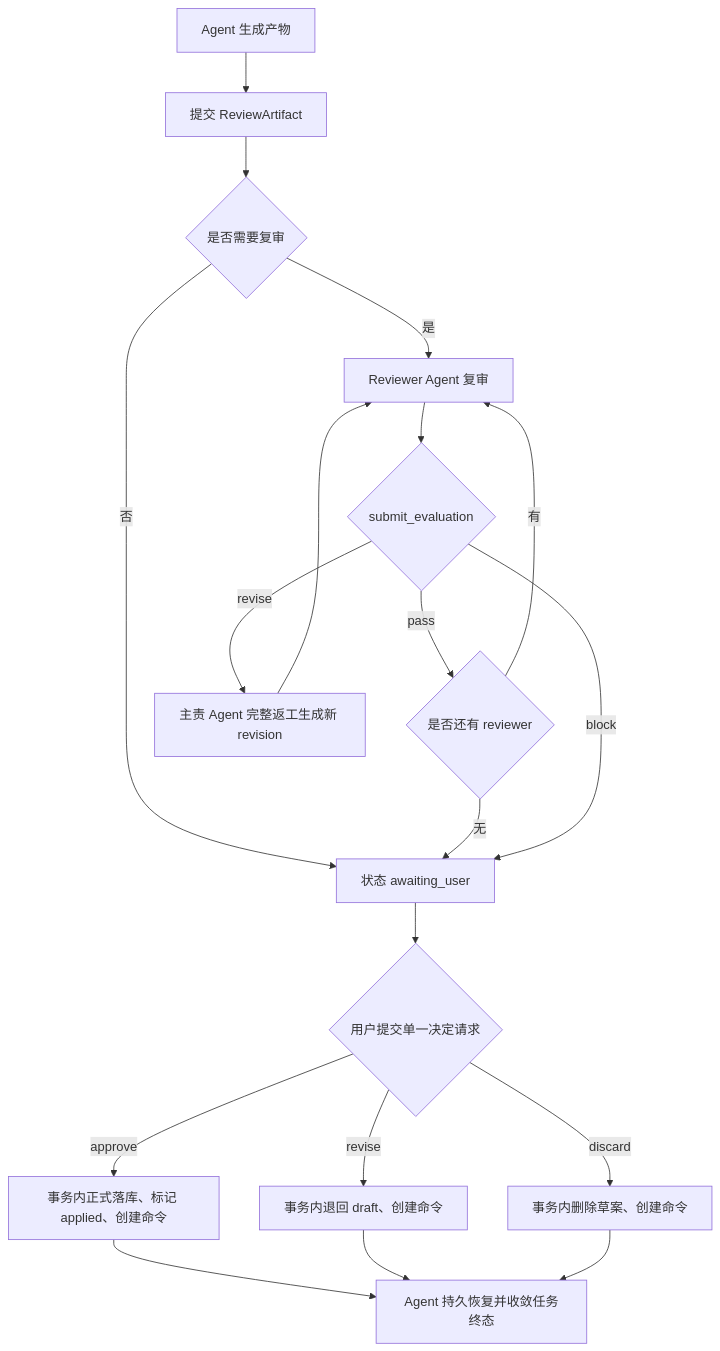
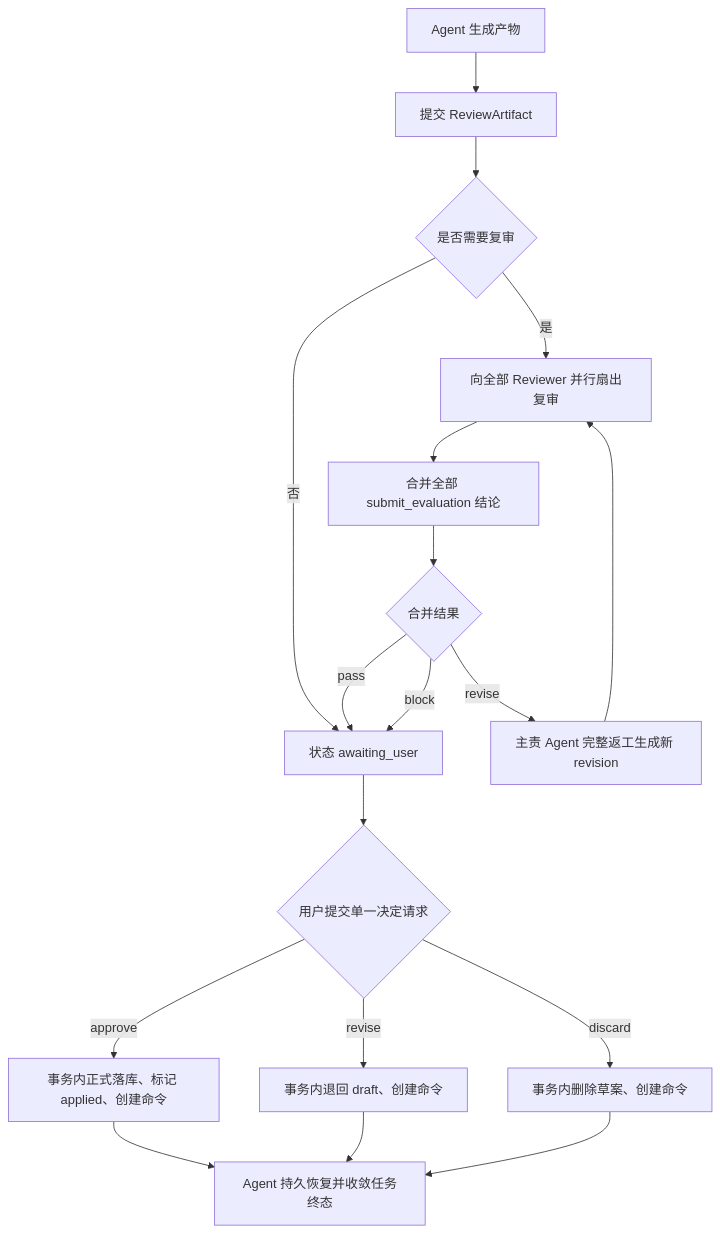
Before and after one commit to chimeiwang/Smart-Novel-Gen-nie: the second of 4 diagrams in docs/requirements/04-review-quality-and-workflow.md, drawn with Mermaid. The commit also changed 1 other file, not shown here.

Commit message:
文档：校准并行复审流程

```diff
--- a/docs/requirements/04-review-quality-and-workflow.md
+++ b/docs/requirements/04-review-quality-and-workflow.md
@@ -52,21 +52,20 @@
 ~~~mermaid
 flowchart TD
     A["Agent 生成产物"] --> B["提交 ReviewArtifact"]
     B --> C{"是否需要复审"}
     C -->|"否"| D["状态 awaiting_user"]
-    C -->|"是"| E["Reviewer Agent 复审"]
-    E --> F{"submit_evaluation"}
-    F -->|"pass"| G{"是否还有 reviewer"}
-    G -->|"有"| E
-    G -->|"无"| D
-    F -->|"revise"| I["主责 Agent 完整返工生成新 revision"]
+    C -->|"是"| E["向全部 Reviewer 并行扇出复审"]
+    E --> F["合并全部 submit_evaluation 结论"]
+    F --> G{"合并结果"}
+    G -->|"pass"| D
+    G -->|"revise"| I["主责 Agent 完整返工生成新 revision"]
     I --> E
-    F -->|"block"| D
+    G -->|"block"| D
     D --> J{"用户提交单一决定请求"}
     J -->|"approve"| K["事务内正式落库、标记 applied、创建命令"]
     J -->|"revise"| L["事务内退回 draft、创建命令"]
     J -->|"discard"| M["事务内删除草案、创建命令"]
     K --> N["Agent 持久恢复并收敛任务终态"]
     L --> N
     M --> N
 ~~~
```
